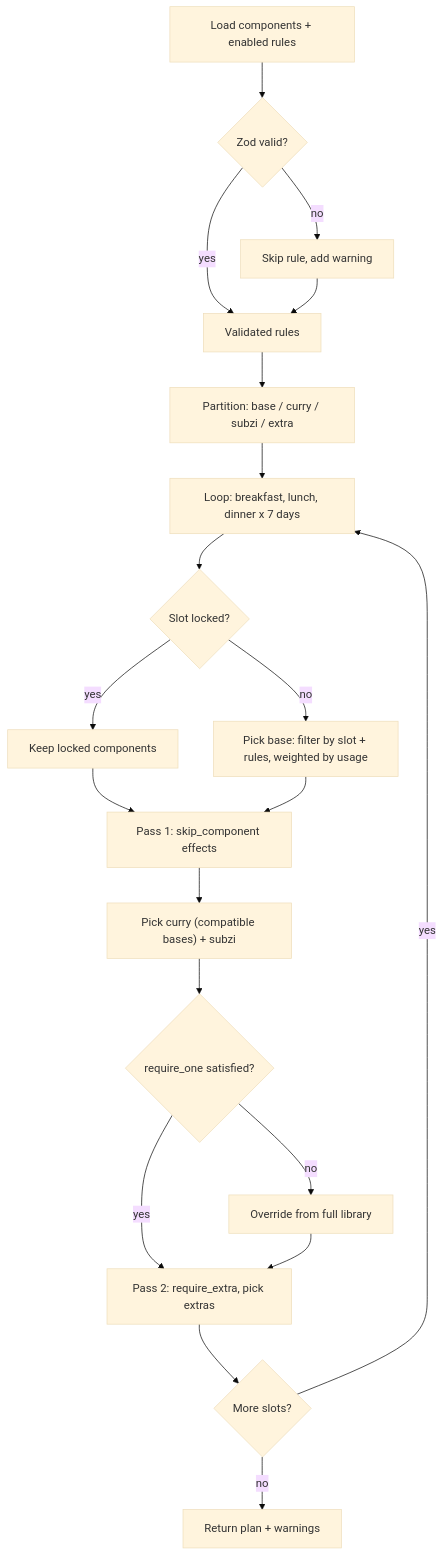
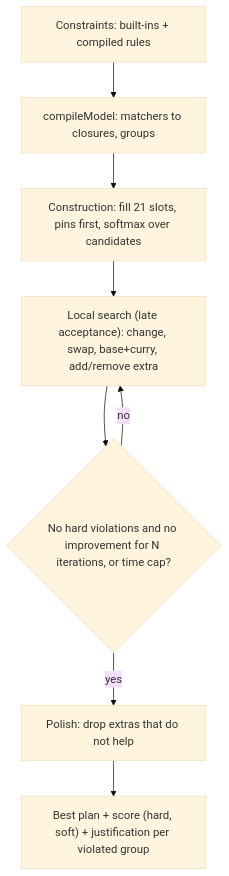
The second of 2 diagrams in docs/architecture.md (shriah/meal-planner), drawn with Mermaid (base theme) before and after one commit. The commit also changed other lines of this file and 11 other files, not shown here.

````diff
--- a/docs/architecture.md
+++ b/docs/architecture.md
@@ -60,22 +85,10 @@
 ```mermaid
 flowchart TD
-    A["Load components + enabled rules"] --> B{"Zod valid?"}
-    B -->|no| W["Skip rule, add warning"]
-    B -->|yes| C["Validated rules"]
-    W --> C
-    C --> D["Partition: base / curry / subzi / extra"]
-    D --> E["Loop: breakfast, lunch, dinner x 7 days"]
-    E --> L{"Slot locked?"}
-    L -->|yes| K["Keep locked components"]
-    L -->|no| F["Pick base: filter by slot + rules, weighted by usage"]
-    K --> G
-    F --> G["Pass 1: skip_component effects"]
-    G --> H["Pick curry (compatible bases) + subzi"]
-    H --> I{"require_one satisfied?"}
-    I -->|no| J["Override from full library"]
-    I -->|yes| M
-    J --> M["Pass 2: require_extra, pick extras"]
-    M --> N{"More slots?"}
-    N -->|yes| E
-    N -->|no| O["Return plan + warnings"]
+    A["Constraints: built-ins + compiled rules"] --> B["compileModel: matchers to closures, groups"]
+    B --> C["Construction: fill 21 slots, pins first, softmax over candidates"]
+    C --> D["Local search (late acceptance): change, swap, base+curry, add/remove extra"]
+    D --> E{"No hard violations and no improvement for N iterations, or time cap?"}
+    E -->|no| D
+    E -->|yes| F["Polish: drop extras that do not help"]
+    F --> G["Best plan + score (hard, soft) + justification per violated group"]
 ```
````
